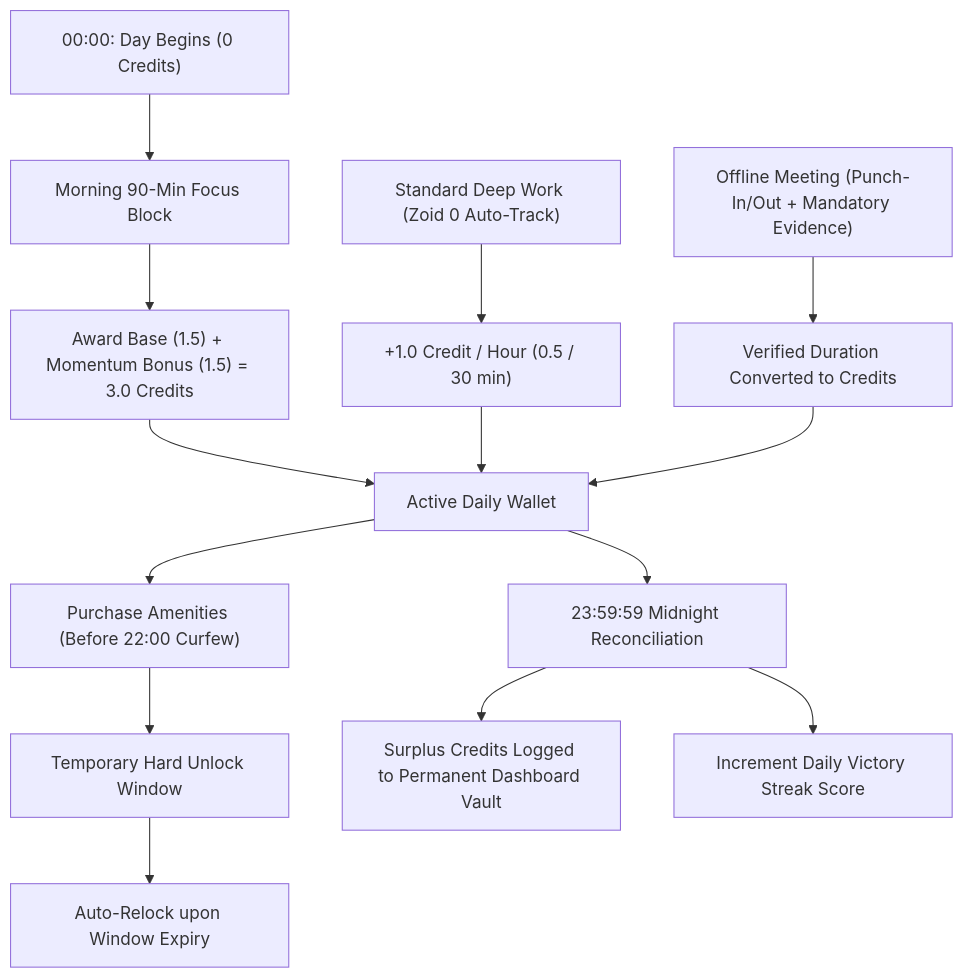
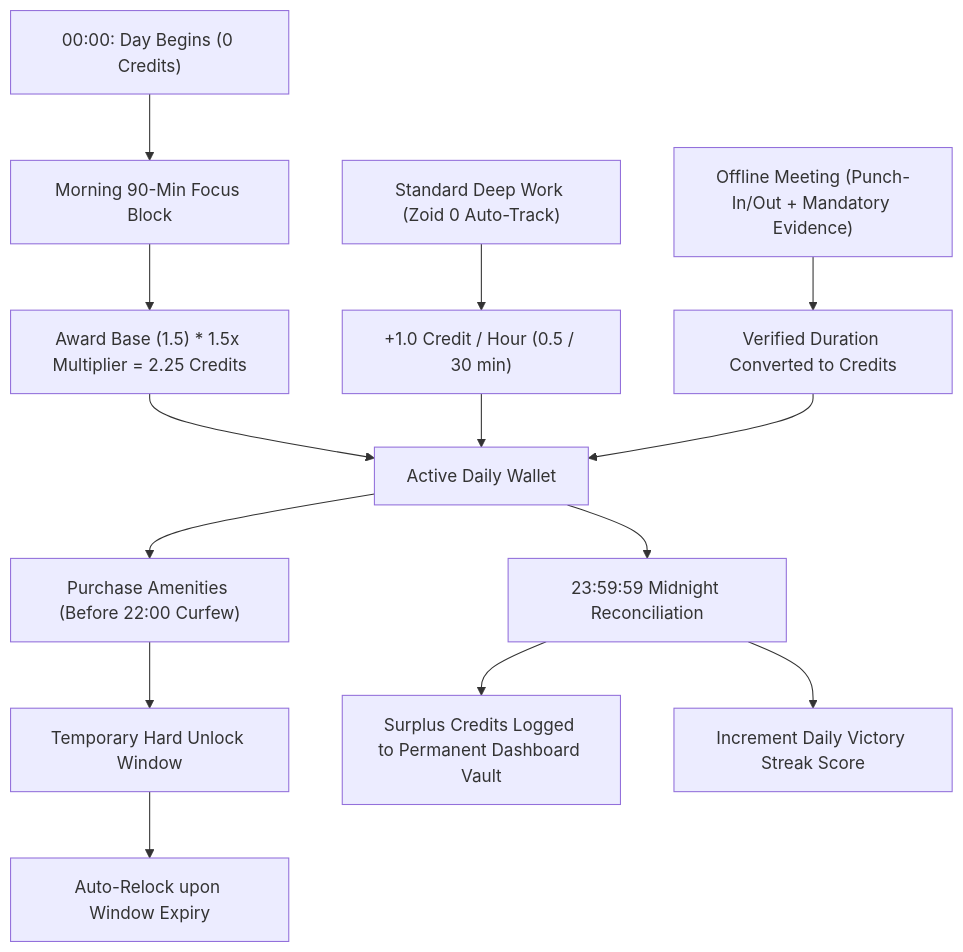
The first of 2 diagrams in PRODUCT.md (Ziad-NasrEldin/Zoid-Lock-In), drawn with Mermaid before and after one commit. The commit also changed other lines of this file, not shown here.

Commit message:
fix(economy): calibrate morning momentum rule to multiplicative 1.5x multiplier

````diff
--- a/PRODUCT.md
+++ b/PRODUCT.md
@@ -18,20 +18,20 @@
 ```mermaid
 flowchart TD
     DayStart["00:00: Day Begins (0 Credits)"] --> MorningBlock["Morning 90-Min Focus Block"]
-    MorningBlock --> MomentumBonus["Award Base (1.5) + Momentum Bonus (1.5) = 3.0 Credits"]
+    MorningBlock --> MomentumBonus["Award Base (1.5) * 1.5x Multiplier = 2.25 Credits"]
     
     WorkSession["Standard Deep Work (Zoid 0 Auto-Track)"] --> RegularEarn["+1.0 Credit / Hour (0.5 / 30 min)"]
     OfflineMeeting["Offline Meeting (Punch-In/Out + Mandatory Evidence)"] --> MeetingEarn["Verified Duration Converted to Credits"]
     
     MomentumBonus --> DailyWallet["Active Daily Wallet"]
     RegularEarn --> DailyWallet
     MeetingEarn --> DailyWallet
     
     DailyWallet --> Buy["Purchase Amenities (Before 22:00 Curfew)"]
     Buy --> TimedUnlock["Temporary Hard Unlock Window"]
     TimedUnlock --> Relock["Auto-Relock upon Window Expiry"]
     
     DailyWallet --> Midnight["23:59:59 Midnight Reconciliation"]
     Midnight --> Vault["Surplus Credits Logged to Permanent Dashboard Vault"]
     Midnight --> Streak["Increment Daily Victory Streak Score"]
 ```
````
